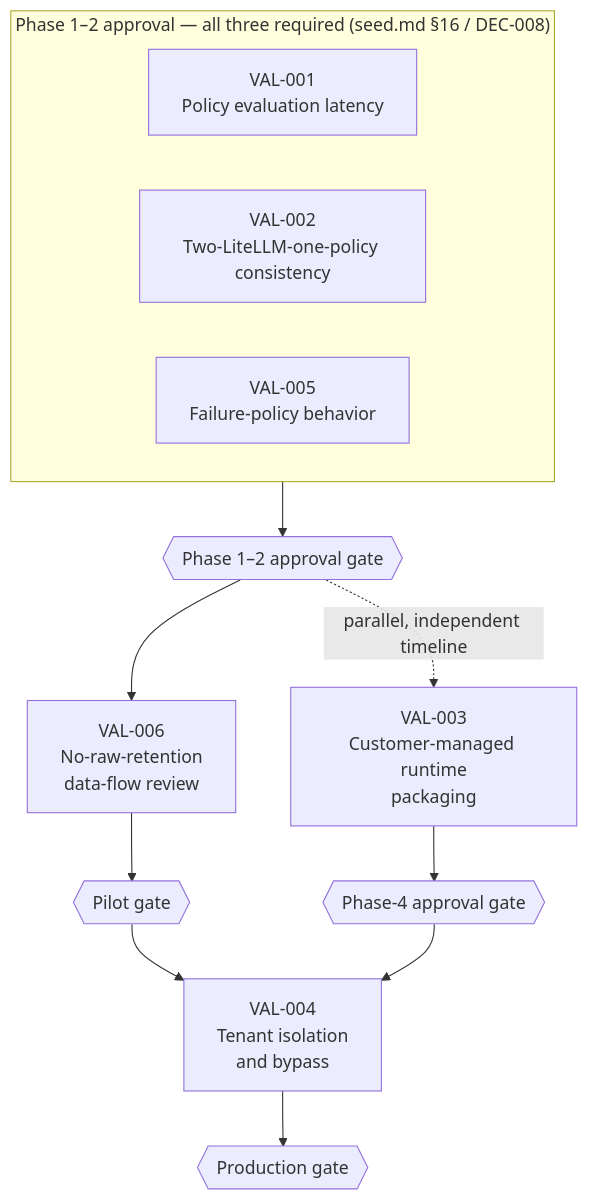
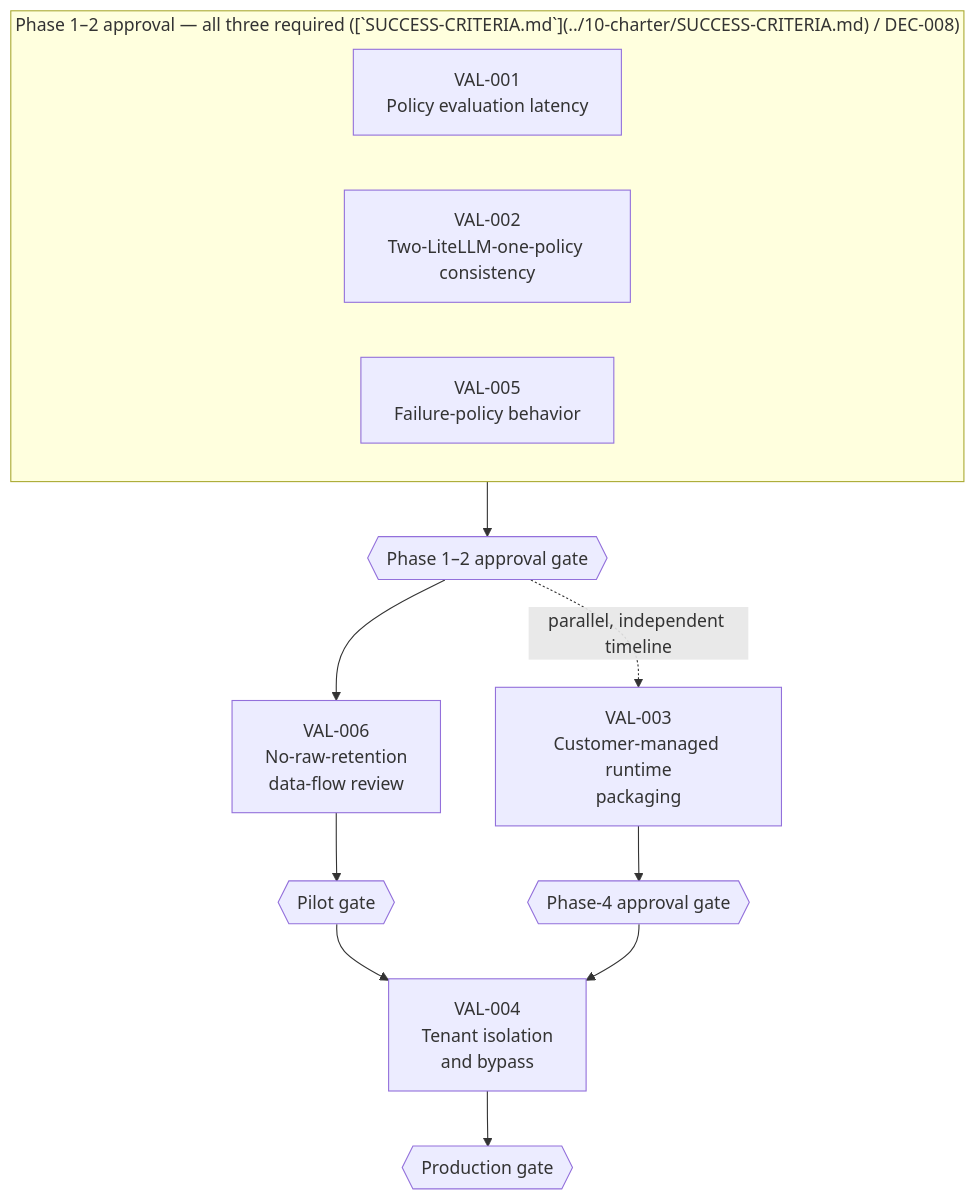
The second of 3 diagrams in solution-docs/60-delivery/VALIDATION-PLAN.md (veglezMX/guardrails), drawn with Mermaid before and after one commit. The commit also changed other lines of this file and 91 other files, not shown here.

````diff
--- a/solution-docs/60-delivery/VALIDATION-PLAN.md
+++ b/solution-docs/60-delivery/VALIDATION-PLAN.md
@@ -223,16 +223,16 @@
 ```mermaid
 flowchart TD
-    subgraph P12["Phase 1–2 approval — all three required (seed.md §16 / DEC-008)"]
+ subgraph P12["Phase 1–2 approval — all three required ([`SUCCESS-CRITERIA.md`](../10-charter/SUCCESS-CRITERIA.md) / DEC-008)"]
         V1[VAL-001<br/>Policy evaluation latency]
         V2[VAL-002<br/>Two-LiteLLM-one-policy consistency]
         V5[VAL-005<br/>Failure-policy behavior]
     end
     P12 --> GATE1{{Phase 1–2 approval gate}}
     GATE1 --> V6[VAL-006<br/>No-raw-retention<br/>data-flow review]
     V6 --> GATE2{{Pilot gate}}
     GATE1 -.parallel, independent timeline.-> V3[VAL-003<br/>Customer-managed runtime<br/>packaging]
     V3 --> GATE3{{Phase-4 approval gate}}
     GATE2 --> V4[VAL-004<br/>Tenant isolation<br/>and bypass]
     GATE3 --> V4
     V4 --> GATE4{{Production gate}}
 ```
````
